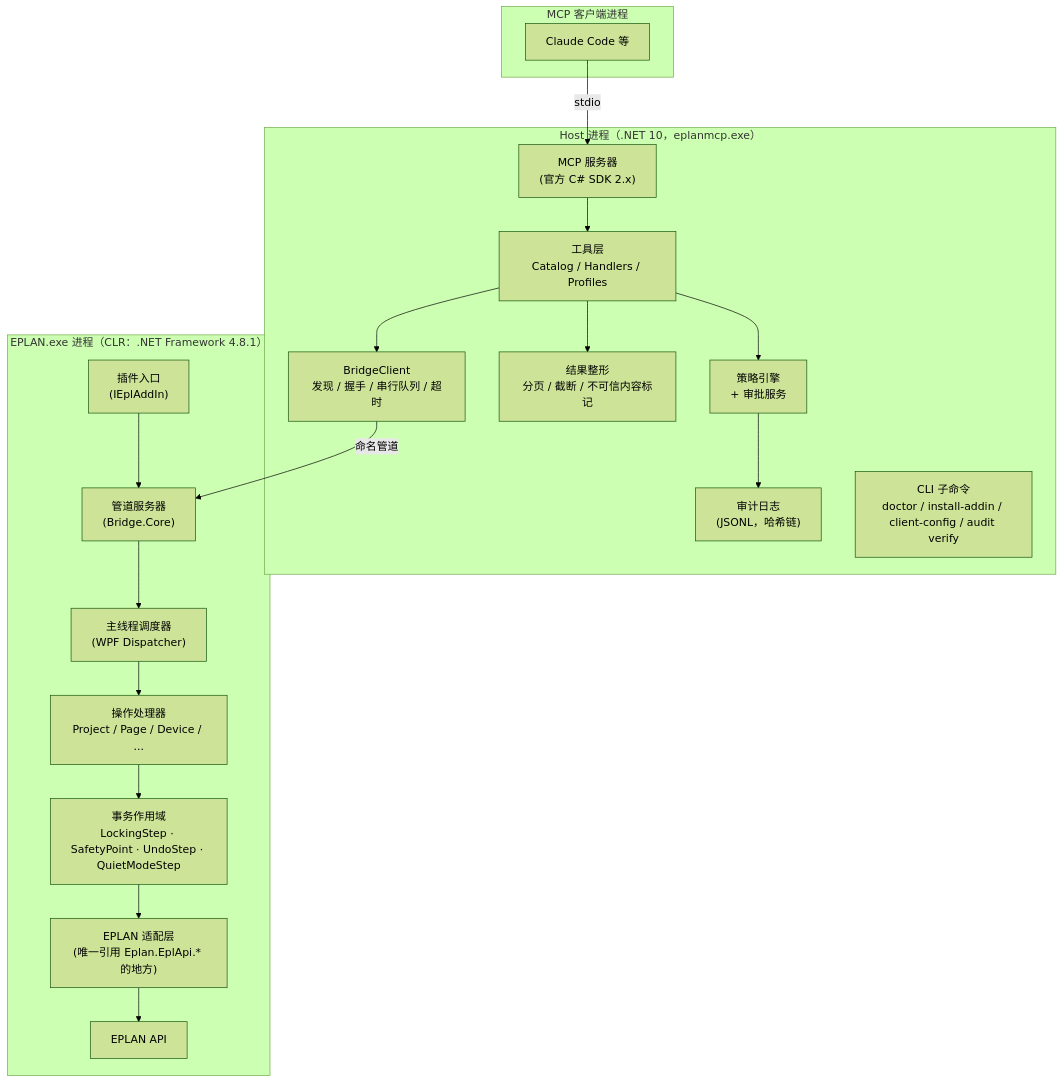
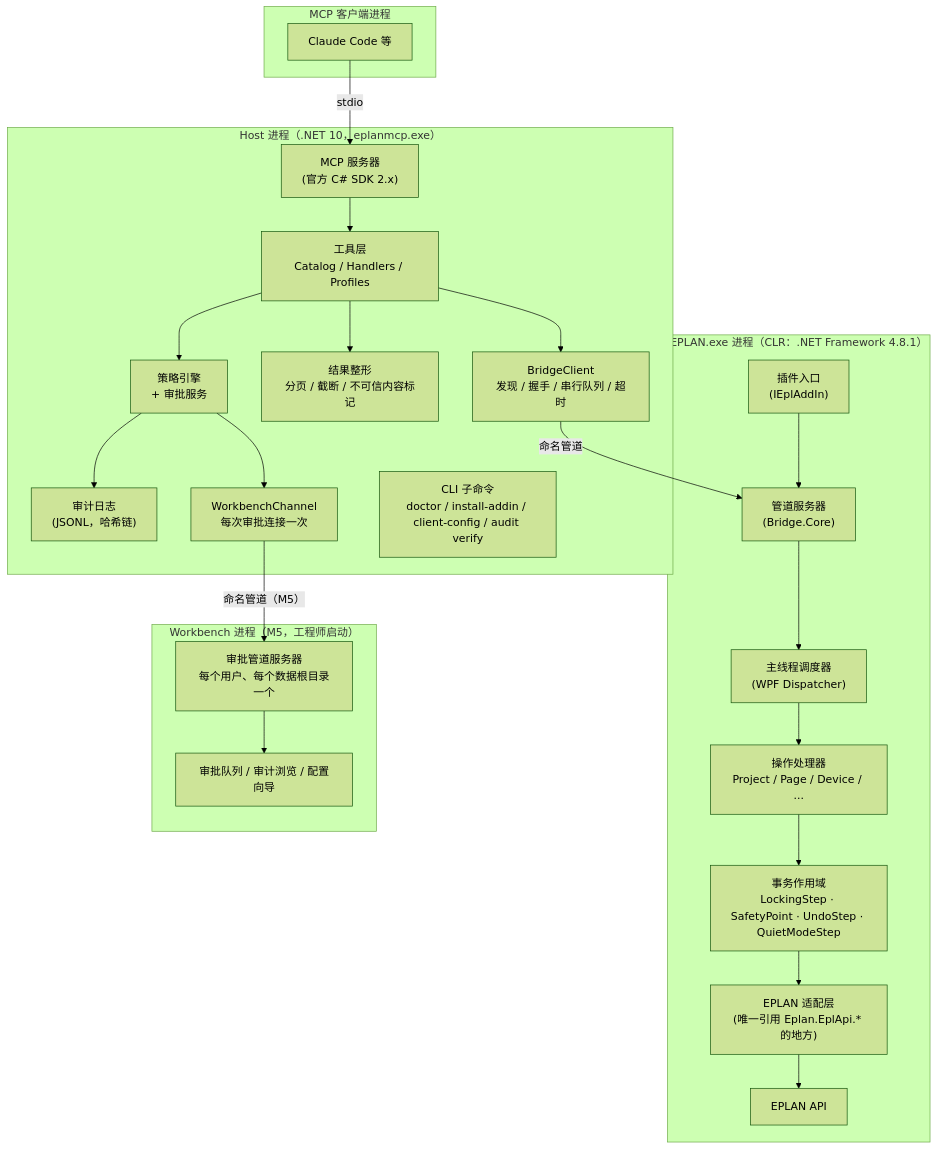
The second of 6 diagrams in docs/architecture/architecture.md (asckye/eplan-mcp), drawn with Mermaid (forest theme) before and after one commit. The commit also changed other lines of this file and 2 other files, not shown here.

First line of the commit message:
docs: describe the Workbench channel and the installer

````diff
--- a/docs/architecture/architecture.md
+++ b/docs/architecture/architecture.md
@@ -111,33 +111,40 @@
 ```mermaid
 flowchart TB
     subgraph clientproc["MCP 客户端进程"]
         client["Claude Code 等"]
     end
     subgraph hostproc["Host 进程（.NET 10，eplanmcp.exe）"]
         mcp["MCP 服务器<br/>(官方 C# SDK 2.x)"]
         tools["工具层<br/>Catalog / Handlers / Profiles"]
         policy["策略引擎<br/>+ 审批服务"]
         audit["审计日志<br/>(JSONL，哈希链)"]
         shaper["结果整形<br/>分页 / 截断 / 不可信内容标记"]
         bclient["BridgeClient<br/>发现 / 握手 / 串行队列 / 超时"]
+        wbchannel["WorkbenchChannel<br/>每次审批连接一次"]
         cli["CLI 子命令<br/>doctor / install-addin / client-config / audit verify"]
     end
     subgraph eplanproc["EPLAN.exe 进程（CLR：.NET Framework 4.8.1）"]
         addin["插件入口<br/>(IEplAddIn)"]
         server["管道服务器<br/>(Bridge.Core)"]
         dispatcher["主线程调度器<br/>(WPF Dispatcher)"]
         ops["操作处理器<br/>Project / Page / Device / ..."]
         tx["事务作用域<br/>LockingStep · SafetyPoint · UndoStep · QuietModeStep"]
         adapters["EPLAN 适配层<br/>(唯一引用 Eplan.EplApi.* 的地方)"]
         eplanapi["EPLAN API"]
     end
+    subgraph wbproc["Workbench 进程（M5，工程师启动）"]
+        wbserver["审批管道服务器<br/>每个用户、每个数据根目录一个"]
+        queue["审批队列 / 审计浏览 / 配置向导"]
+    end
 
     client -- "stdio" --> mcp --> tools
     tools --> policy
     tools --> shaper
     tools --> bclient
     policy --> audit
+    policy --> wbchannel
+    wbchannel -- "命名管道（M5）" --> wbserver --> queue
     bclient -- "命名管道" --> server
     addin --> server
     server --> dispatcher --> ops --> tx --> adapters --> eplanapi
 ```
````
